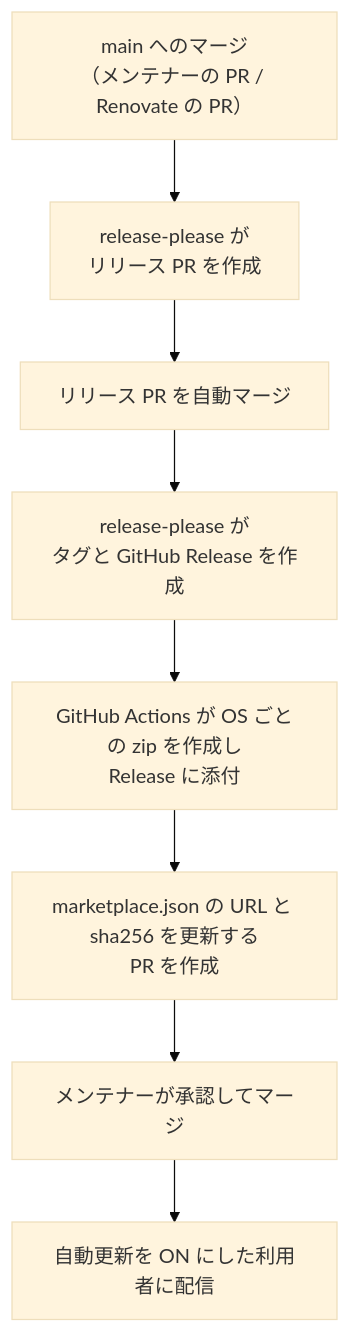
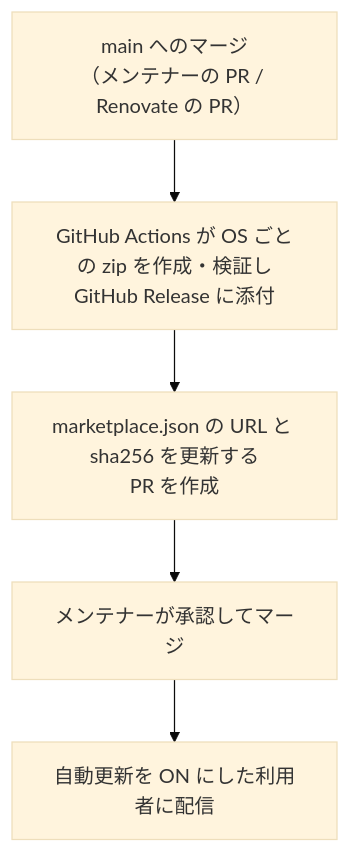
The second of 2 diagrams in docs/plugins/github-readonly-mcp/spec.md (Ryo-0507/claude-productivity-plugins), drawn with Mermaid (base theme) before and after one commit. The commit also changed other lines of this file and 4 other files, not shown here.

First line of the commit message:
refactor(github-readonly): release-please と GitHub App をやめ、main への変更から直接リリースする

````diff
--- a/docs/plugins/github-readonly-mcp/spec.md
+++ b/docs/plugins/github-readonly-mcp/spec.md
@@ -93,10 +93,7 @@
 ```mermaid
 flowchart TD
-  A["main へのマージ<br/>（メンテナーの PR / Renovate の PR）"] --> B["release-please が<br/>リリース PR を作成"]
-  B --> C["リリース PR を自動マージ"]
-  C --> D["release-please が<br/>タグと GitHub Release を作成"]
-  D --> E["GitHub Actions が OS ごとの zip を作成し<br/>Release に添付"]
-  E --> F["marketplace.json の URL と sha256 を更新する<br/>PR を作成"]
-  F --> G["メンテナーが承認してマージ"]
-  G --> H["自動更新を ON にした利用者に配信"]
+  A["main へのマージ<br/>（メンテナーの PR / Renovate の PR）"] --> B["GitHub Actions が OS ごとの zip を作成・検証し<br/>GitHub Release に添付"]
+  B --> C["marketplace.json の URL と sha256 を更新する<br/>PR を作成"]
+  C --> D["メンテナーが承認してマージ"]
+  D --> E["自動更新を ON にした利用者に配信"]
 ```
````
